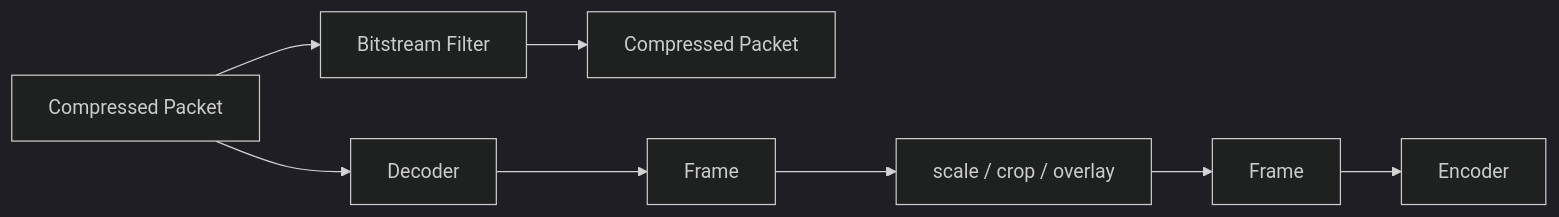
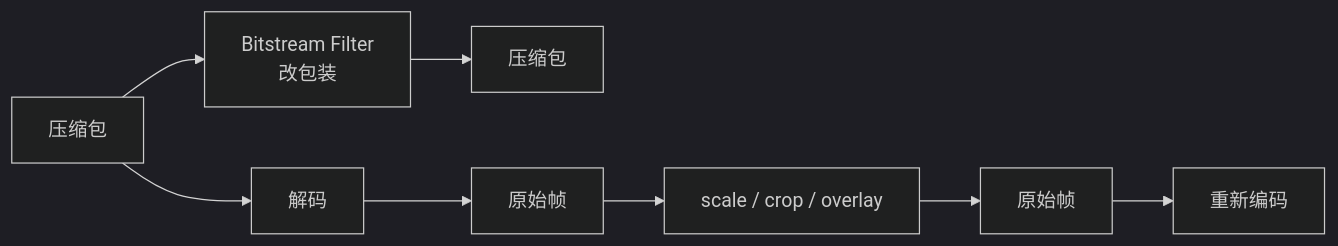
One commit to flycodeu/FlyCodeCenter changed the third of 4 diagrams in src/content/tutorial/ffmpeg/08-H264-H265-Bitstream.md. Above: the diagram before and after it, drawn with Mermaid (dark theme). The commit also changed other lines of this file and 10 other files, not shown here.

````diff
--- a/src/content/tutorial/ffmpeg/08-H264-H265-Bitstream.md
+++ b/src/content/tutorial/ffmpeg/08-H264-H265-Bitstream.md
@@ -360,11 +439,11 @@
 ```mermaid
 flowchart LR
-  P1[Compressed Packet] --> BSF[Bitstream Filter]
-  BSF --> P2[Compressed Packet]
+  P1[压缩包] --> BSF[Bitstream Filter<br/>改包装]
+  BSF --> P2[压缩包]
 
-  P1 --> DEC[Decoder]
-  DEC --> F1[Frame]
+  P1 --> DEC[解码]
+  DEC --> F1[原始帧]
   F1 --> VF[scale / crop / overlay]
-  VF --> F2[Frame]
-  F2 --> ENC[Encoder]
+  VF --> F2[原始帧]
+  F2 --> ENC[重新编码]
 ```
````
